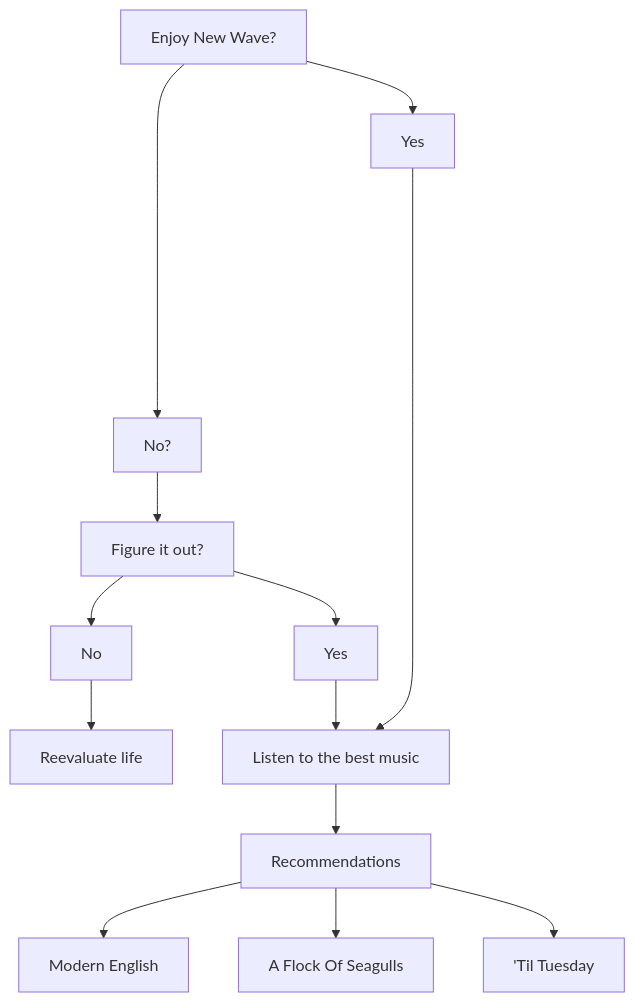
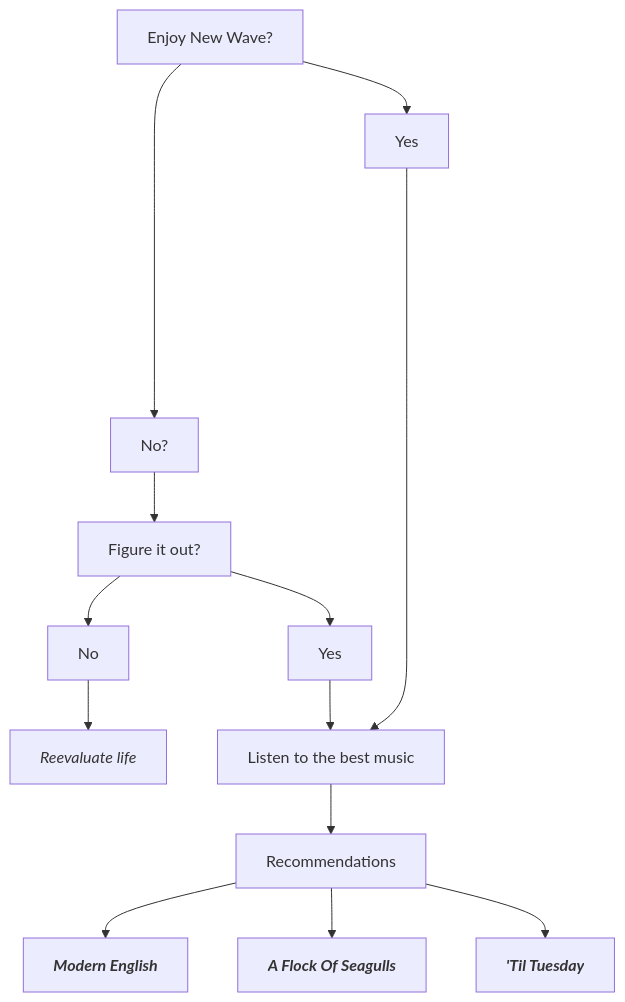
One commit to afilewich/KNES381 changed the diagram in Markdown-HTML_Assignment.md. Above: the diagram before and after it, drawn with Mermaid.

Commit message:
added font effects to flowchart

````diff
--- a/Markdown-HTML_Assignment.md
+++ b/Markdown-HTML_Assignment.md
@@ -11,20 +11,20 @@
 ```mermaid
 flowchart TD
     A[Enjoy New Wave?]
     A --> B[Yes]
     A --> C[No?]
     C --> CC[Figure it out?]
     CC --> CCC[No]
-    CCC --> cccc[Reevaluate life]
+    CCC --> cccc[<em>Reevaluate life</em>]
     CC --> BB[Yes]
     BB --> D[Listen to the best music]
     B ---------> D[Listen to the best music]
     D --> DD[Recommendations]
-    DD --> E["Modern English"]
-    DD --> F["A Flock Of Seagulls"]
-    DD --> G["'Til Tuesday"]
+    DD --> E["<em><strong>Modern English</em></strong>"]
+    DD --> F["<em><strong>A Flock Of Seagulls</em></strong>"]
+    DD --> G["<em><strong>'Til Tuesday</em></strong>"]
     
     click E "https://www.youtube.com/watch?v=RmDftGg1kQI"
     click F "https://www.youtube.com/watch?v=f5mBN9aQHGI"
     click G "https://www.youtube.com/watch?v=zUKXhRikfPw"
 ```
````
